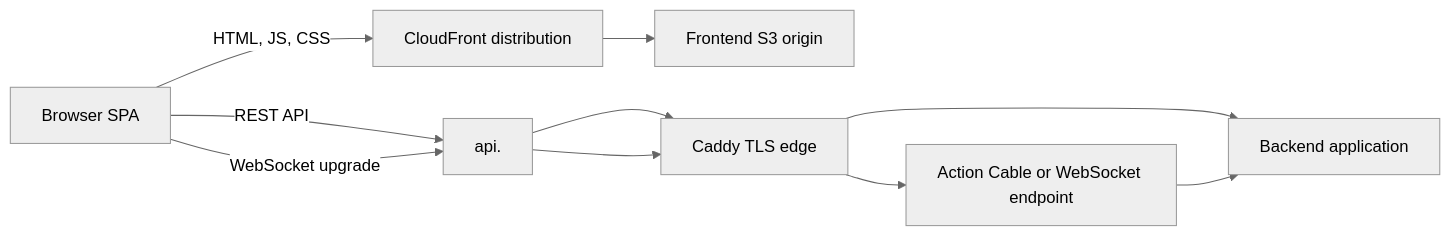
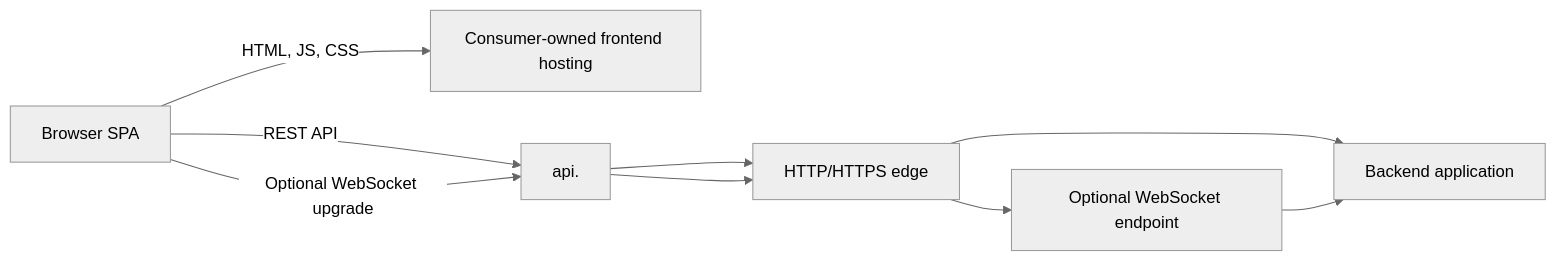
One commit to kanutocd/poorman-aws changed the fourth of 8 diagrams in docs/mkdocs/architecture.md. Above: the diagram before and after it, drawn with Mermaid (neutral theme). The commit also changed other lines of this file, not shown here.

Commit message:
docs: generalize architecture concepts

````diff
--- a/docs/mkdocs/architecture.md
+++ b/docs/mkdocs/architecture.md
@@ -136,14 +133,13 @@
 ```mermaid
 flowchart LR
     Browser[Browser SPA]
-    CF[CloudFront distribution]
-    S3[Frontend S3 origin]
+    FrontendHosting[Consumer-owned frontend hosting]
     APIHost[api.<domain>]
-    Caddy[Caddy TLS edge]
-    Cable[Action Cable or WebSocket endpoint]
+    Edge[HTTP/HTTPS edge]
+    WebSocket[Optional WebSocket endpoint]
     App[Backend application]
 
-    Browser -->|HTML, JS, CSS| CF --> S3
-    Browser -->|REST API| APIHost --> Caddy --> App
-    Browser -->|WebSocket upgrade| APIHost --> Caddy --> Cable --> App
+    Browser -->|HTML, JS, CSS| FrontendHosting
+    Browser -->|REST API| APIHost --> Edge --> App
+    Browser -->|Optional WebSocket upgrade| APIHost --> Edge --> WebSocket --> App
 ```
````
